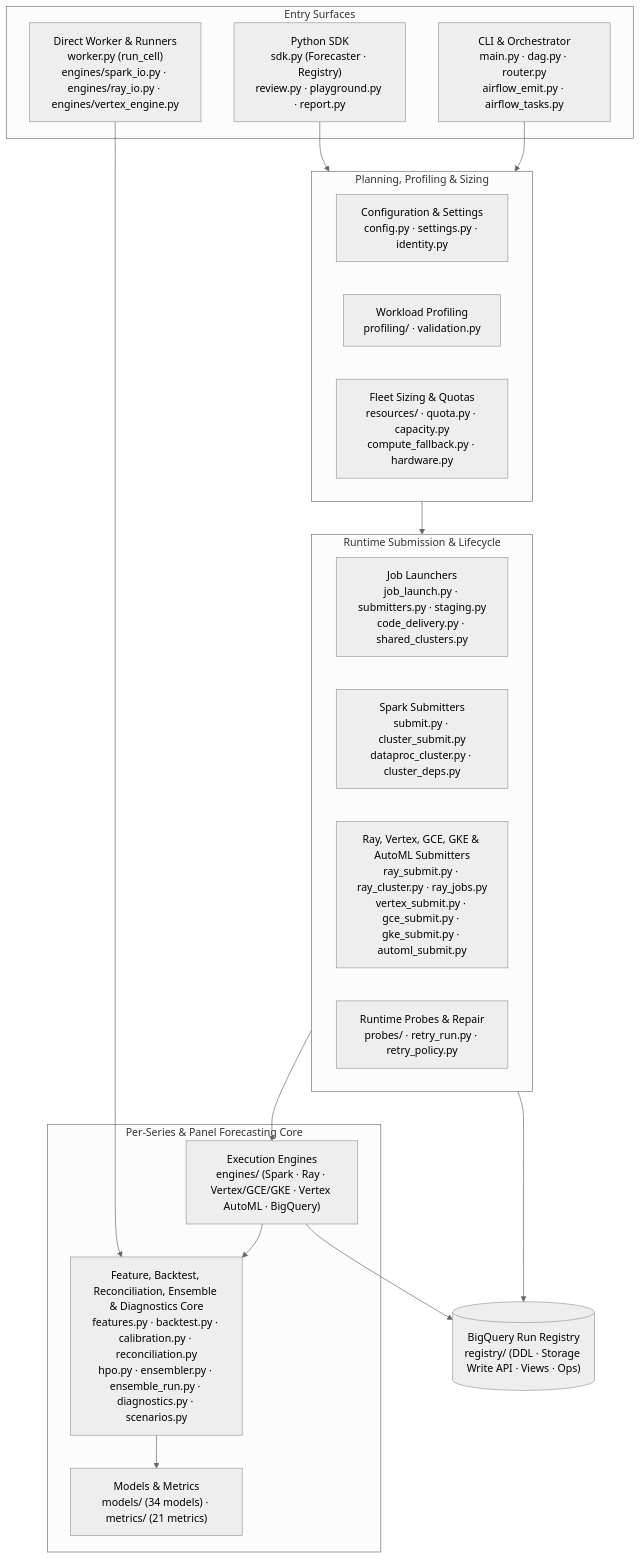
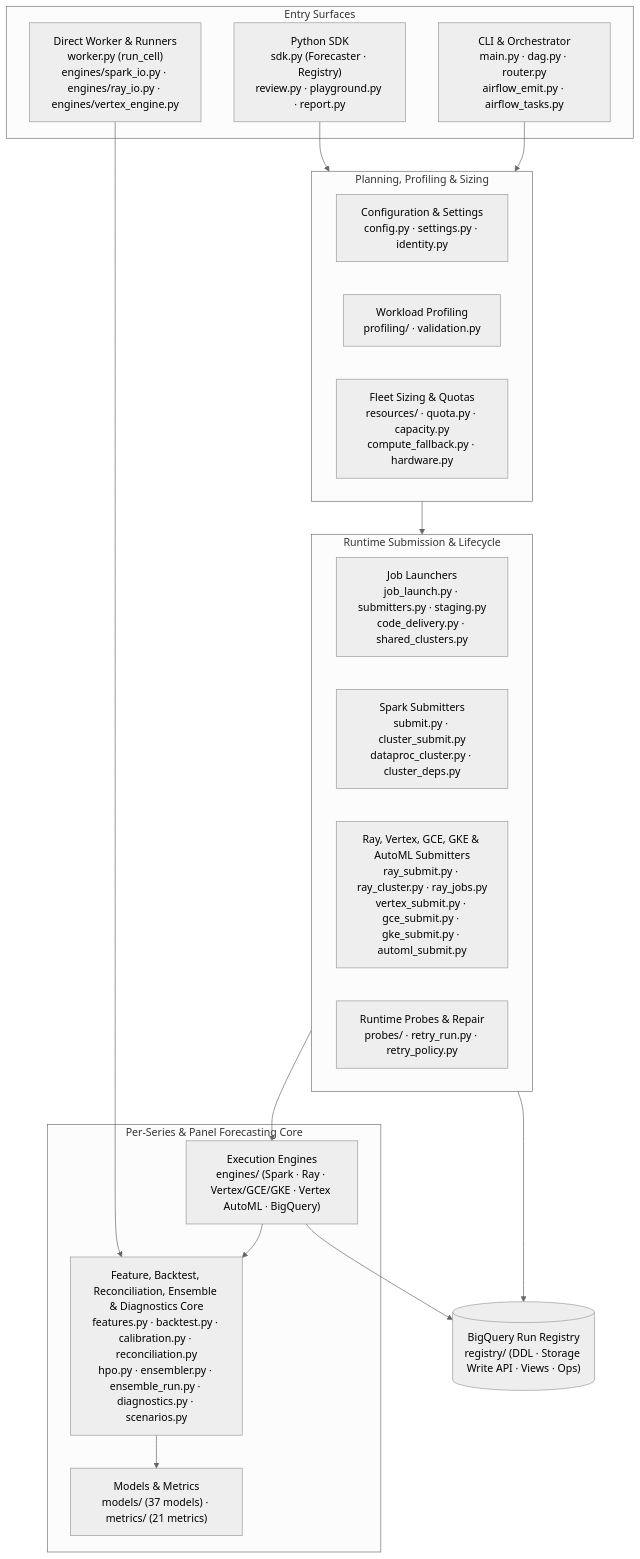
Before and after one commit to statmike/scale-forecasting: the diagram in src/scale_forecasting/README.md, drawn with Mermaid (neutral theme). The commit also changed other lines of this file and 70 other files, not shown here.

````diff
--- a/src/scale_forecasting/README.md
+++ b/src/scale_forecasting/README.md
@@ -7,36 +7,36 @@
 ```mermaid
 flowchart TB
     subgraph entry["Entry Surfaces"]
         sdk["Python SDK<br/>sdk.py (Forecaster · Registry)<br/>review.py · playground.py · report.py"]
         cli["CLI & Orchestrator<br/>main.py · dag.py · router.py<br/>airflow_emit.py · airflow_tasks.py"]
         direct["Direct Worker & Runners<br/>worker.py (run_cell)<br/>engines/spark_io.py · engines/ray_io.py · engines/vertex_engine.py"]
     end
 
     subgraph plan["Planning, Profiling & Sizing"]
         cfg["Configuration & Settings<br/>config.py · settings.py · identity.py"]
         prof["Workload Profiling<br/>profiling/ · validation.py"]
         res["Fleet Sizing & Quotas<br/>resources/ · quota.py · capacity.py<br/>compute_fallback.py · hardware.py"]
     end
 
     subgraph submit["Runtime Submission & Lifecycle"]
         sub["Job Launchers<br/>job_launch.py · submitters.py · staging.py<br/>code_delivery.py · shared_clusters.py"]
         spark_sub["Spark Submitters<br/>submit.py · cluster_submit.py<br/>dataproc_cluster.py · cluster_deps.py"]
         ray_sub["Ray, Vertex, GCE, GKE & AutoML Submitters<br/>ray_submit.py · ray_cluster.py · ray_jobs.py<br/>vertex_submit.py · gce_submit.py · gke_submit.py · automl_submit.py"]
         probes["Runtime Probes & Repair<br/>probes/ · retry_run.py · retry_policy.py"]
     end
 
     subgraph core["Per-Series & Panel Forecasting Core"]
         eng["Execution Engines<br/>engines/ (Spark · Ray · Vertex/GCE/GKE · Vertex AutoML · BigQuery)"]
         wf["Feature, Backtest, Reconciliation, Ensemble & Diagnostics Core<br/>features.py · backtest.py · calibration.py · reconciliation.py<br/>hpo.py · ensembler.py · ensemble_run.py · diagnostics.py · scenarios.py"]
-        mod["Models & Metrics<br/>models/ (34 models) · metrics/ (21 metrics)"]
+        mod["Models & Metrics<br/>models/ (37 models) · metrics/ (21 metrics)"]
     end
 
     reg[("BigQuery Run Registry<br/>registry/ (DDL · Storage Write API · Views · Ops)")]
 
     sdk & cli --> plan
     plan --> submit
     submit --> eng
     direct --> wf
     eng --> wf --> mod
     eng & submit --> reg
 ```
````
